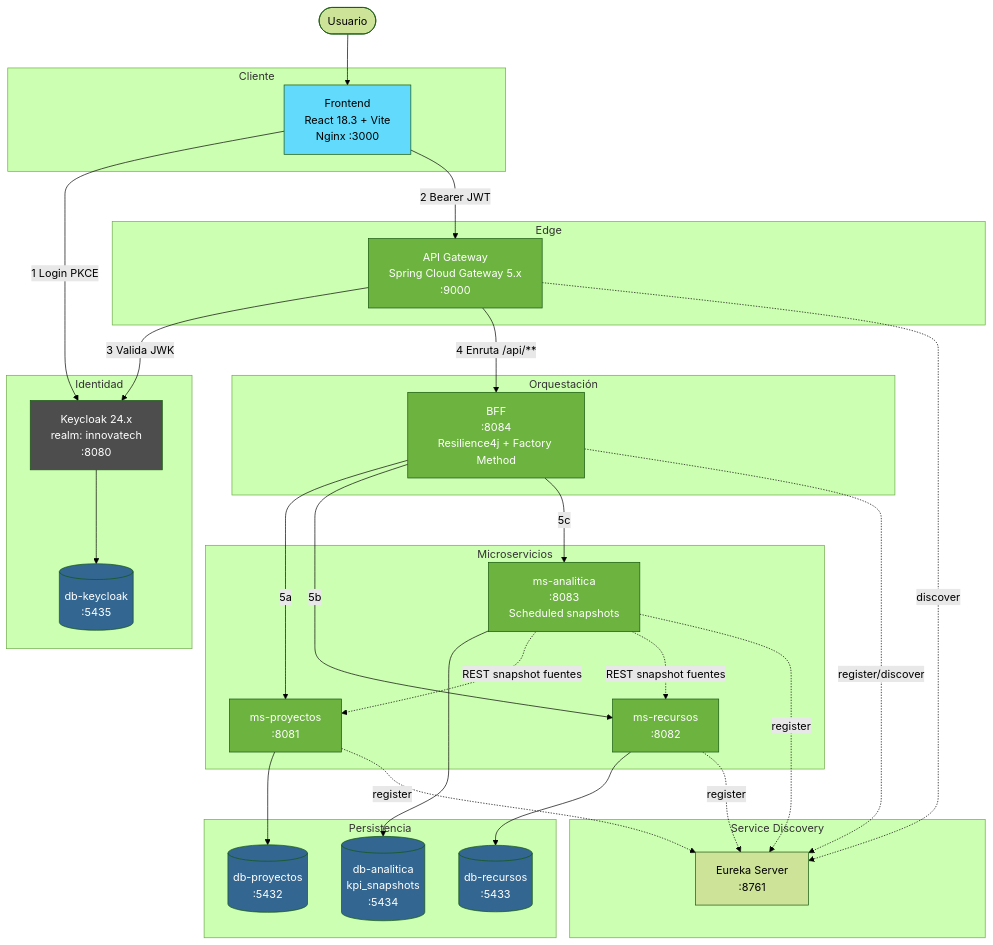
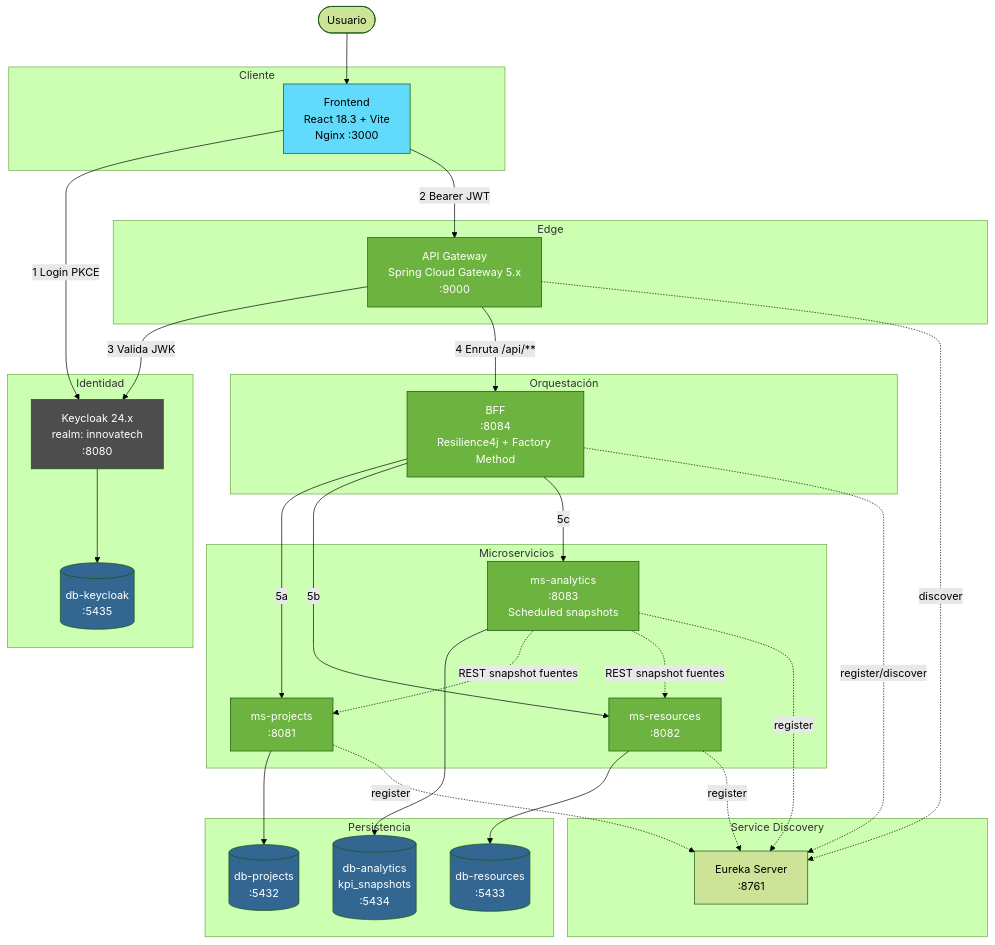
The first of 7 diagrams in README.md (najescobar-ui/innovatechSolutionNEEP_FS), drawn with Mermaid (forest theme) before and after one commit. The commit also changed other lines of this file and 1 other file, not shown here.

````diff
--- a/README.md
+++ b/README.md
@@ -64,70 +64,70 @@
 ```mermaid
 graph TB
     User([Usuario])
 
     subgraph "Cliente"
         FE[Frontend<br/>React 18.3 + Vite<br/>Nginx :3000]
     end
 
     subgraph "Identidad"
         KC[Keycloak 24.x<br/>realm: innovatech<br/>:8080]
         DBKC[(db-keycloak<br/>:5435)]
     end
 
     subgraph "Edge"
         GW[API Gateway<br/>Spring Cloud Gateway 5.x<br/>:9000]
     end
 
     subgraph "Orquestación"
         BFF[BFF<br/>:8084<br/>Resilience4j + Factory Method]
     end
 
     subgraph "Service Discovery"
         EUREKA[Eureka Server<br/>:8761]
     end
 
     subgraph "Microservicios"
-        MS1[ms-proyectos<br/>:8081]
-        MS2[ms-recursos<br/>:8082]
-        MS3[ms-analitica<br/>:8083<br/>Scheduled snapshots]
+        MS1[ms-projects<br/>:8081]
+        MS2[ms-resources<br/>:8082]
+        MS3[ms-analytics<br/>:8083<br/>Scheduled snapshots]
     end
 
     subgraph "Persistencia"
-        DB1[(db-proyectos<br/>:5432)]
-        DB2[(db-recursos<br/>:5433)]
-        DB3[(db-analitica<br/>kpi_snapshots<br/>:5434)]
+        DB1[(db-projects<br/>:5432)]
+        DB2[(db-resources<br/>:5433)]
+        DB3[(db-analytics<br/>kpi_snapshots<br/>:5434)]
     end
 
     User --> FE
     FE -->|1 Login PKCE| KC
     FE -->|2 Bearer JWT| GW
     GW -->|3 Valida JWK| KC
     GW -->|4 Enruta /api/**| BFF
     BFF -->|5a| MS1
     BFF -->|5b| MS2
     BFF -->|5c| MS3
     MS1 --> DB1
     MS2 --> DB2
     MS3 --> DB3
     KC --> DBKC
     MS3 -.REST snapshot fuentes.-> MS1
     MS3 -.REST snapshot fuentes.-> MS2
 
     BFF -.register/discover.-> EUREKA
     MS1 -.register.-> EUREKA
     MS2 -.register.-> EUREKA
     MS3 -.register.-> EUREKA
     GW -.discover.-> EUREKA
 
     style FE fill:#61DAFB,color:#000
     style KC fill:#4D4D4D,color:#fff
     style GW fill:#6DB33F,color:#fff
     style BFF fill:#6DB33F,color:#fff
     style MS1 fill:#6DB33F,color:#fff
     style MS2 fill:#6DB33F,color:#fff
     style MS3 fill:#6DB33F,color:#fff
     style DB1 fill:#336791,color:#fff
     style DB2 fill:#336791,color:#fff
     style DB3 fill:#336791,color:#fff
     style DBKC fill:#336791,color:#fff
 ```
````
